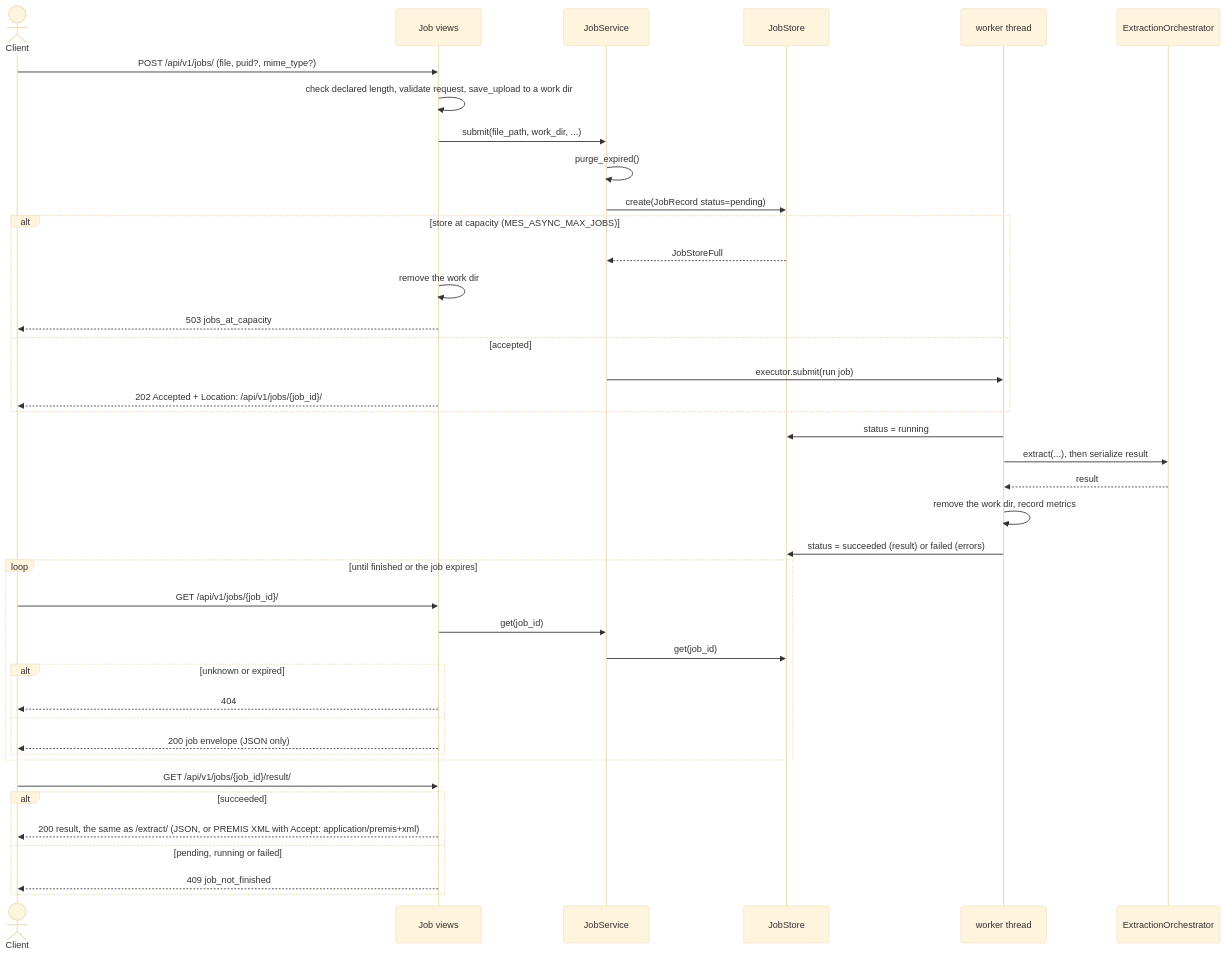
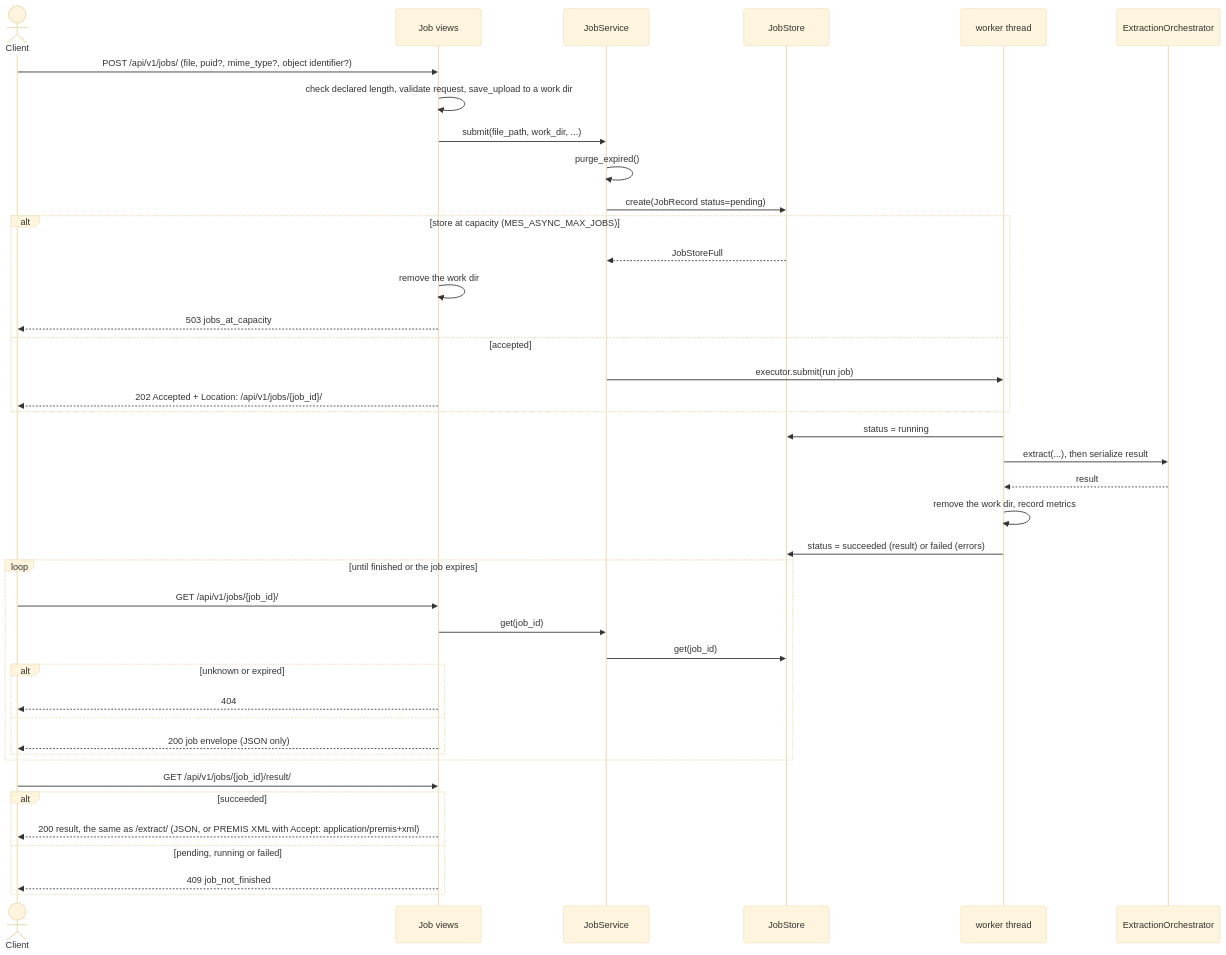
Before and after one commit to EOSC-EDEN/metadata-extraction-service: the fourth of 5 diagrams in docs/diagrams.md, drawn with Mermaid (base theme). The commit also changed other lines of this file and 35 other files, not shown here.

````diff
--- a/docs/diagrams.md
+++ b/docs/diagrams.md
@@ -174,47 +176,47 @@
 ```mermaid
 sequenceDiagram
     actor Client
     participant API as Job views
     participant Jobs as JobService
     participant Store as JobStore
     participant Worker as worker thread
     participant Orch as ExtractionOrchestrator
 
-    Client->>API: POST /api/v1/jobs/ (file, puid?, mime_type?)
+    Client->>API: POST /api/v1/jobs/ (file, puid?, mime_type?, object identifier?)
     API->>API: check declared length, validate request, save_upload to a work dir
     API->>Jobs: submit(file_path, work_dir, ...)
     Jobs->>Jobs: purge_expired()
     Jobs->>Store: create(JobRecord status=pending)
     alt store at capacity (MES_ASYNC_MAX_JOBS)
         Store-->>Jobs: JobStoreFull
         API->>API: remove the work dir
         API-->>Client: 503 jobs_at_capacity
     else accepted
         Jobs->>Worker: executor.submit(run job)
         API-->>Client: 202 Accepted + Location: /api/v1/jobs/{job_id}/
     end
 
     Worker->>Store: status = running
     Worker->>Orch: extract(...), then serialize result
     Orch-->>Worker: result
     Worker->>Worker: remove the work dir, record metrics
     Worker->>Store: status = succeeded (result) or failed (errors)
 
     loop until finished or the job expires
         Client->>API: GET /api/v1/jobs/{job_id}/
         API->>Jobs: get(job_id)
         Jobs->>Store: get(job_id)
         alt unknown or expired
             API-->>Client: 404
         else
             API-->>Client: 200 job envelope (JSON only)
         end
     end
 
     Client->>API: GET /api/v1/jobs/{job_id}/result/
     alt succeeded
         API-->>Client: 200 result, the same as /extract/ (JSON, or PREMIS XML with Accept: application/premis+xml)
     else pending, running or failed
         API-->>Client: 409 job_not_finished
     end
 ```
````
